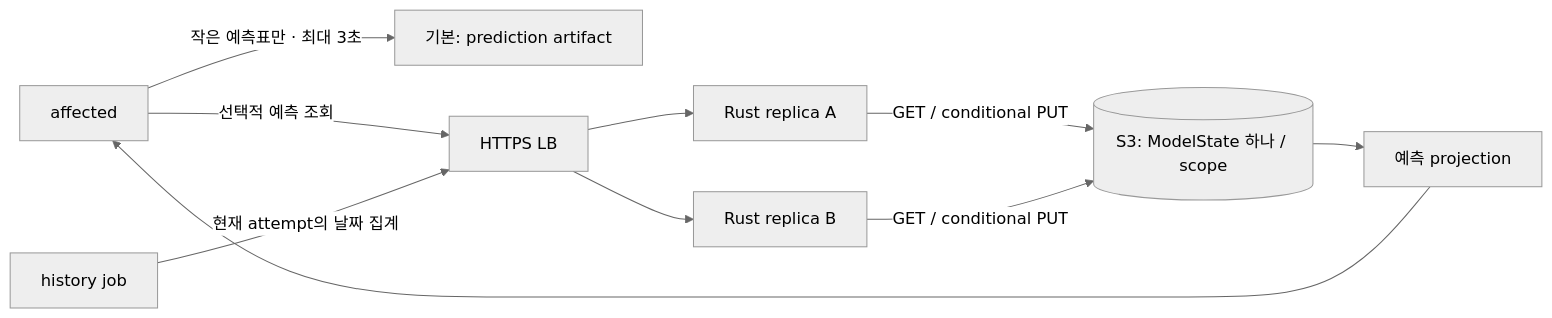
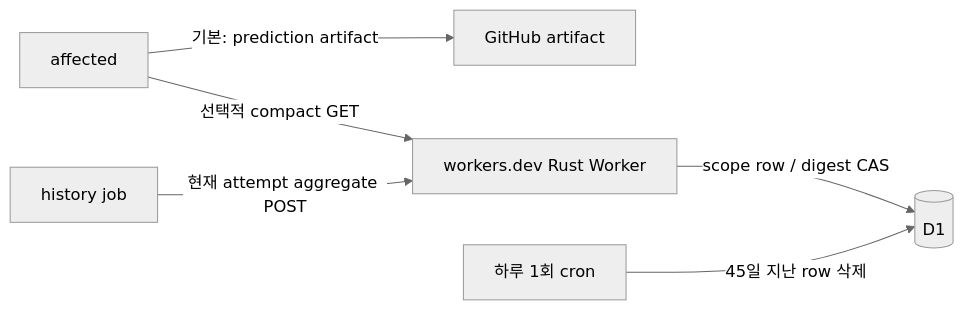
Before and after one commit to XionWCFM/nanoom: the diagram in docs/history-server-spec.md, drawn with Mermaid (neutral theme). The commit also changed other lines of this file and 29 other files, not shown here.

Commit message:
feat: add optional PredictionState history server

````diff
--- a/docs/history-server-spec.md
+++ b/docs/history-server-spec.md
@@ -11,12 +7,8 @@
 ```mermaid
 flowchart LR
-  A[affected] -->|작은 예측표만 · 최대 3초| G[기본: prediction artifact]
-  A -->|선택적 예측 조회| L[HTTPS LB]
-  J[history job] -->|현재 attempt의 날짜 집계| L
-  L --> R1[Rust replica A]
-  L --> R2[Rust replica B]
-  R1 -->|GET / conditional PUT| S[(S3: ModelState 하나 / scope)]
-  R2 -->|GET / conditional PUT| S
-  S --> P[예측 projection]
-  P --> A
+  A[affected] -->|기본: prediction artifact| G[GitHub artifact]
+  A -->|선택적 compact GET| W[workers.dev Rust Worker]
+  J[history job] -->|현재 attempt aggregate POST| W
+  W -->|scope row / digest CAS| D[(D1)]
+  C[하루 1회 cron] -->|45일 지난 row 삭제| D
 ```
````
